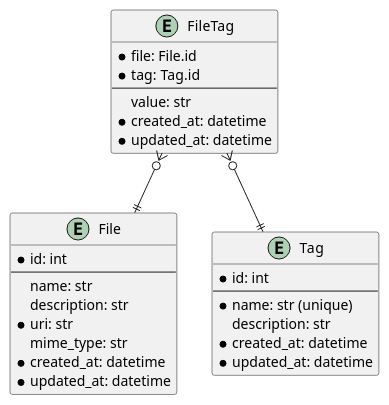
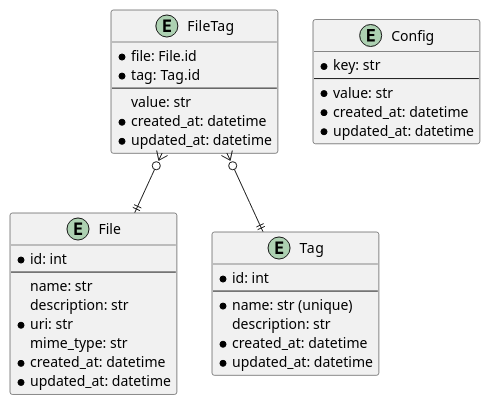
The diagram in README.md (luketurner/tag-utility), drawn with PlantUML before and after one commit. The commit also changed other lines of this file and 5 other files, not shown here.

````diff
--- a/README.md
+++ b/README.md
@@ -184,35 +198,43 @@
 ```plantuml
 @startuml
 
 entity File {
   * id: int
   --
   name: str
   description: str
   * uri: str
   mime_type: str
   * created_at: datetime
   * updated_at: datetime
 }
 
 entity FileTag {
   * file: File.id
   * tag: Tag.id
   --
   value: str
   * created_at: datetime
   * updated_at: datetime
 }
 entity Tag {
   * id: int
   --
   * name: str (unique)
   description: str
   * created_at: datetime
   * updated_at: datetime
 }
 FileTag }o--|| File
 FileTag }o--|| Tag
 
+entity Config {
+  * key: str
+  --
+  * value: str
+  * created_at: datetime
+  * updated_at: datetime
+}
+
 @enduml
 ```
````
